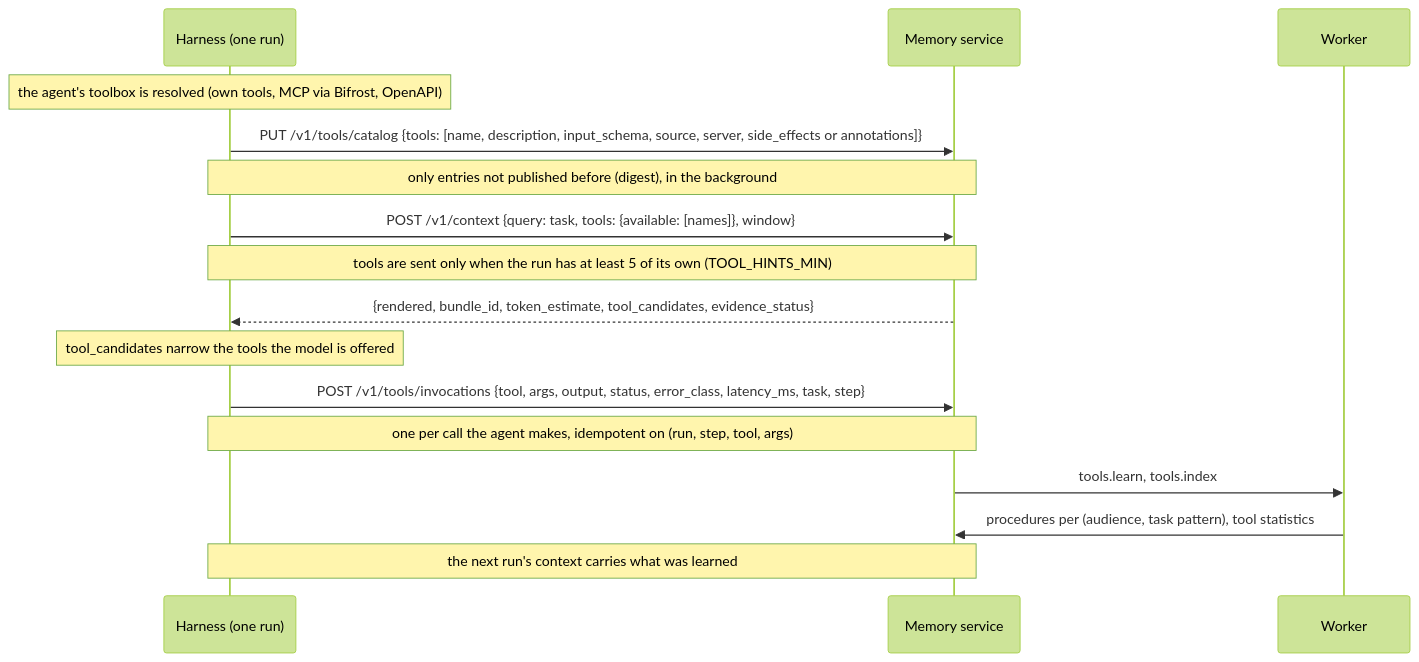
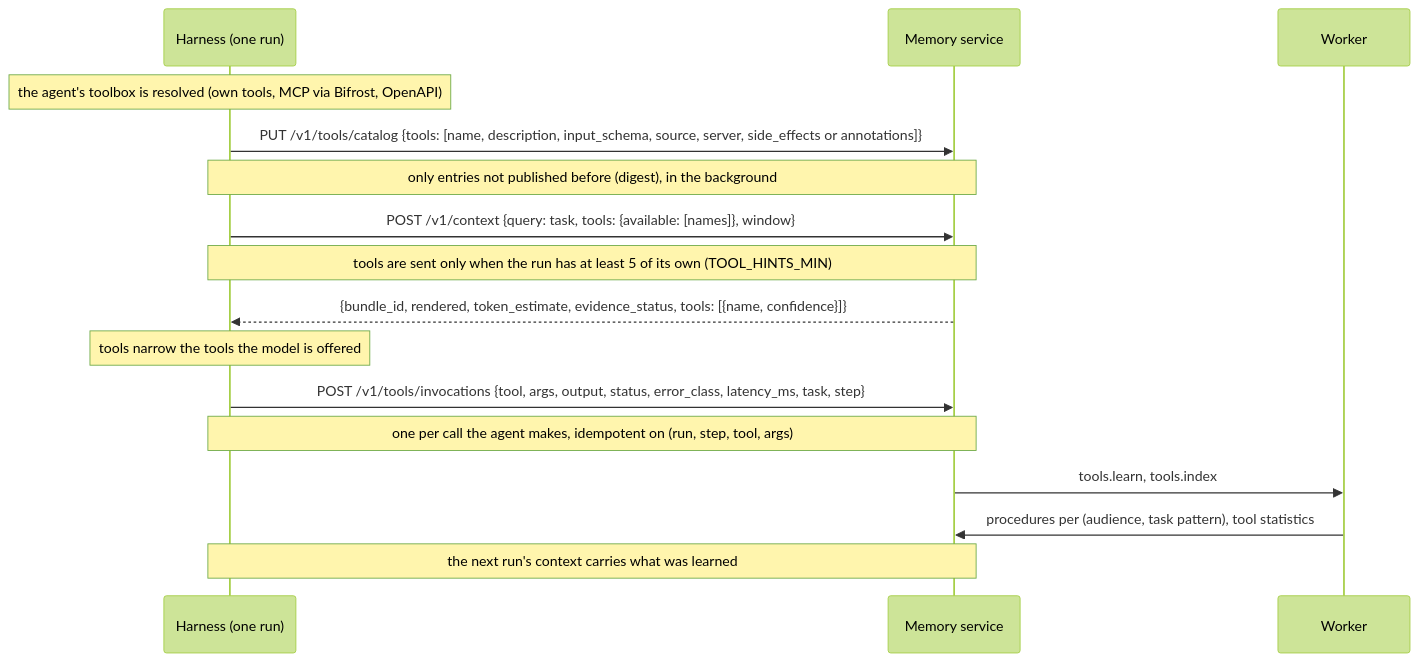
One commit to amitmohapatra/agent-memory-service changed the second of 2 diagrams in docs/api/tools.md. Above: the diagram before and after it, drawn with Mermaid (forest theme). The commit also changed other lines of this file and 29 other files, not shown here.

````diff
--- a/docs/api/tools.md
+++ b/docs/api/tools.md
@@ -181,18 +201,18 @@
 ```mermaid
 sequenceDiagram
   participant H as Harness (one run)
   participant S as Memory service
   participant W as Worker
   Note over H: the agent's toolbox is resolved (own tools, MCP via Bifrost, OpenAPI)
   H->>S: PUT /v1/tools/catalog {tools: [name, description, input_schema, source, server, side_effects or annotations]}
   Note over H,S: only entries not published before (digest), in the background
   H->>S: POST /v1/context {query: task, tools: {available: [names]}, window}
   Note over H,S: tools are sent only when the run has at least 5 of its own (TOOL_HINTS_MIN)
-  S-->>H: {rendered, bundle_id, token_estimate, tool_candidates, evidence_status}
-  Note over H: tool_candidates narrow the tools the model is offered
+  S-->>H: {bundle_id, rendered, token_estimate, evidence_status, tools: [{name, confidence}]}
+  Note over H: tools narrow the tools the model is offered
   H->>S: POST /v1/tools/invocations {tool, args, output, status, error_class, latency_ms, task, step}
   Note over H,S: one per call the agent makes, idempotent on (run, step, tool, args)
   S->>W: tools.learn, tools.index
   W->>S: procedures per (audience, task pattern), tool statistics
   Note over H,S: the next run's context carries what was learned
 ```
````
